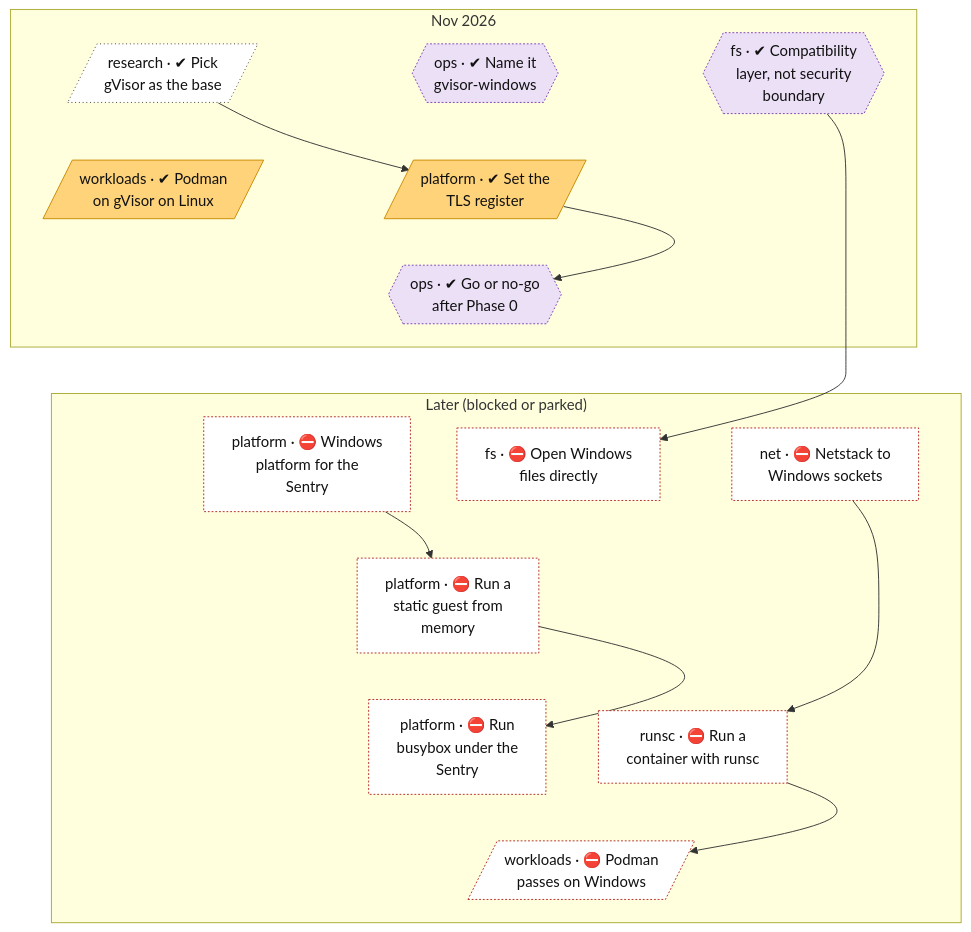
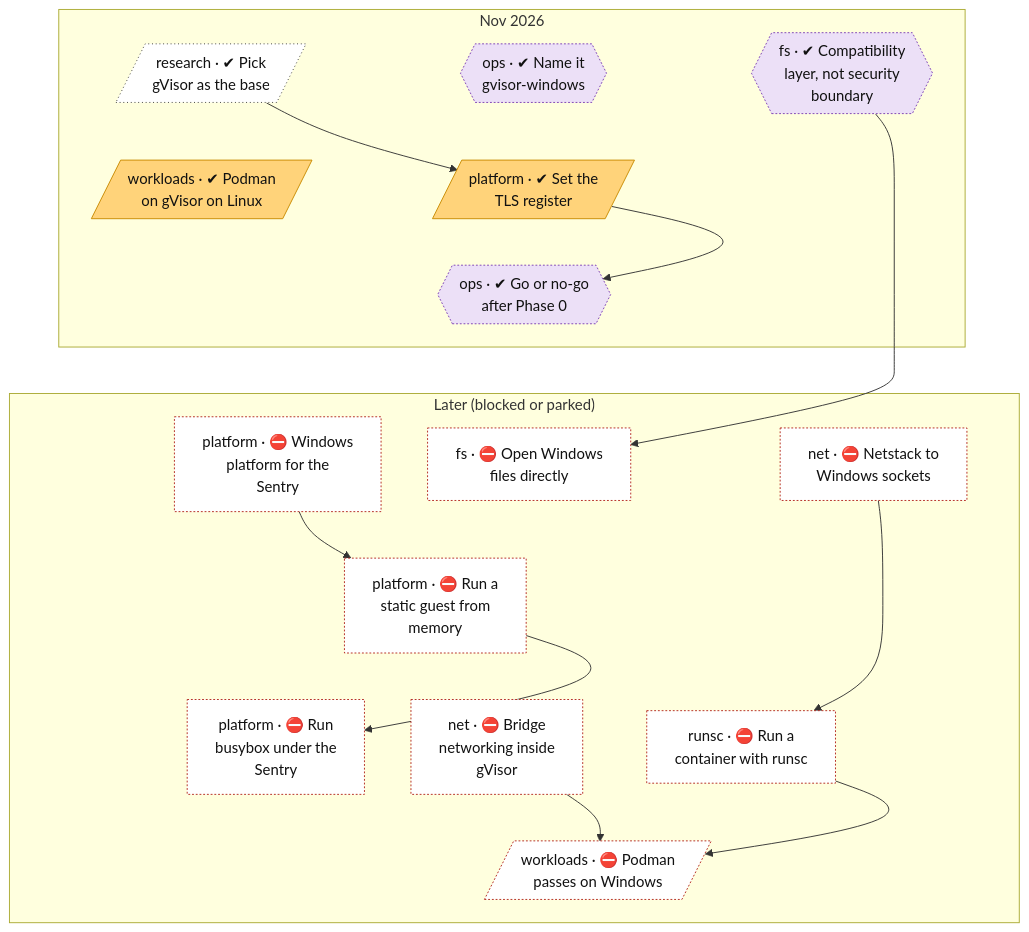
Before and after one commit to lhns/gvisor-windows: the second of 2 diagrams in docs/roadmap.md, drawn with Mermaid. The commit also changed other lines of this file and 4 other files, not shown here.

First line of the commit message:
Track fixing bridge networking in gVisor as its own node

````diff
--- a/docs/roadmap.md
+++ b/docs/roadmap.md
@@ -100,60 +100,64 @@
 ```mermaid
 flowchart TB
     subgraph bd_0["Nov 2026"]
         research_gvisor_base[/"research · ✔ Pick<br/>gVisor as the base"/]
         ops_name_and_fork{{"ops · ✔ Name it<br/>gvisor-windows"}}
         fs_compat_layer_not_boundary{{"fs · ✔ Compatibility<br/>layer, not security<br/>boundary"}}
         workloads_podman_on_gvisor_linux[/"workloads · ✔ Podman<br/>on gVisor on Linux"/]
         platform_tls_register[/"platform · ✔ Set the<br/>TLS register"/]
         ops_phase0_go_no_go{{"ops · ✔ Go or no-go<br/>after Phase 0"}}
     end
     subgraph bd_1["Later (blocked or parked)"]
         platform_winstub["platform · ⛔ Windows<br/>platform for the<br/>Sentry"]
         fs_windows_directfs["fs · ⛔ Open Windows<br/>files directly"]
         net_netstack_windows_link["net · ⛔ Netstack to<br/>Windows sockets"]
         platform_static_guest_from_memory["platform · ⛔ Run a<br/>static guest from<br/>memory"]
         platform_busybox_on_windows["platform · ⛔ Run<br/>busybox under the<br/>Sentry"]
         runsc_container_on_windows["runsc · ⛔ Run a<br/>container with runsc"]
+        net_bridge_networking["net · ⛔ Bridge<br/>networking inside<br/>gVisor"]
         workloads_podman_on_windows[/"workloads · ⛔ Podman<br/>passes on Windows"/]
     end
     research_gvisor_base ~~~ workloads_podman_on_gvisor_linux
     ops_name_and_fork ~~~ platform_tls_register
     fs_compat_layer_not_boundary ~~~ platform_tls_register
     workloads_podman_on_gvisor_linux ~~~ ops_phase0_go_no_go
     platform_tls_register ~~~ ops_phase0_go_no_go
     ops_phase0_go_no_go ~~~ platform_winstub
     ops_phase0_go_no_go ~~~ fs_windows_directfs
     ops_phase0_go_no_go ~~~ net_netstack_windows_link
     platform_winstub ~~~ platform_static_guest_from_memory
     fs_windows_directfs ~~~ platform_static_guest_from_memory
     net_netstack_windows_link ~~~ platform_static_guest_from_memory
     platform_static_guest_from_memory ~~~ platform_busybox_on_windows
     platform_static_guest_from_memory ~~~ runsc_container_on_windows
+    platform_static_guest_from_memory ~~~ net_bridge_networking
     platform_busybox_on_windows ~~~ workloads_podman_on_windows
     runsc_container_on_windows ~~~ workloads_podman_on_windows
+    net_bridge_networking ~~~ workloads_podman_on_windows
     research_gvisor_base --> platform_tls_register
     platform_tls_register --> ops_phase0_go_no_go
     fs_compat_layer_not_boundary --> fs_windows_directfs
     platform_winstub --> platform_static_guest_from_memory
     platform_static_guest_from_memory --> platform_busybox_on_windows
     net_netstack_windows_link --> runsc_container_on_windows
     runsc_container_on_windows --> workloads_podman_on_windows
+    net_bridge_networking --> workloads_podman_on_windows
     classDef vsucc fill:#2e9e4f,stroke:#1b6b34,color:#fff
     classDef succ fill:#bfe8c8,stroke:#2e9e4f,color:#111
     classDef mixed fill:#ffd37a,stroke:#c98a00,color:#111
     classDef bad fill:#f28b82,stroke:#b3261e,color:#111
     classDef dead fill:#e6e6e6,stroke:#777,stroke-dasharray:5 5,color:#555
     classDef inprog fill:#a8cdf5,stroke:#1f6fc5,color:#111
     classDef next fill:#fff,stroke:#333,color:#111
     classDef blocked fill:#fff,stroke:#b3261e,stroke-dasharray:2 2,color:#111
     classDef parked fill:#f3f3f3,stroke:#999,color:#555
     classDef unrated fill:#fff,stroke:#333,stroke-dasharray:1 3,color:#111
     classDef gate fill:#d9c2f0,stroke:#7b3fb5,color:#111
     classDef decided fill:#ece0f7,stroke:#7b3fb5,stroke-dasharray:2 2,color:#111
     classDef finding fill:#ffe0b2,stroke:#d84315,stroke-width:2px,color:#111
     classDef waiting fill:#e3f2fd,stroke:#1f6fc5,stroke-dasharray:5 5,color:#111
     class research_gvisor_base unrated
     class ops_name_and_fork,fs_compat_layer_not_boundary,ops_phase0_go_no_go decided
     class workloads_podman_on_gvisor_linux,platform_tls_register mixed
-    class workloads_podman_on_windows,runsc_container_on_windows,platform_winstub,platform_busybox_on_windows,fs_windows_directfs,net_netstack_windows_link,platform_static_guest_from_memory blocked
+    class workloads_podman_on_windows,runsc_container_on_windows,platform_winstub,platform_busybox_on_windows,fs_windows_directfs,net_netstack_windows_link,platform_static_guest_from_memory,net_bridge_networking blocked
 ```
````
